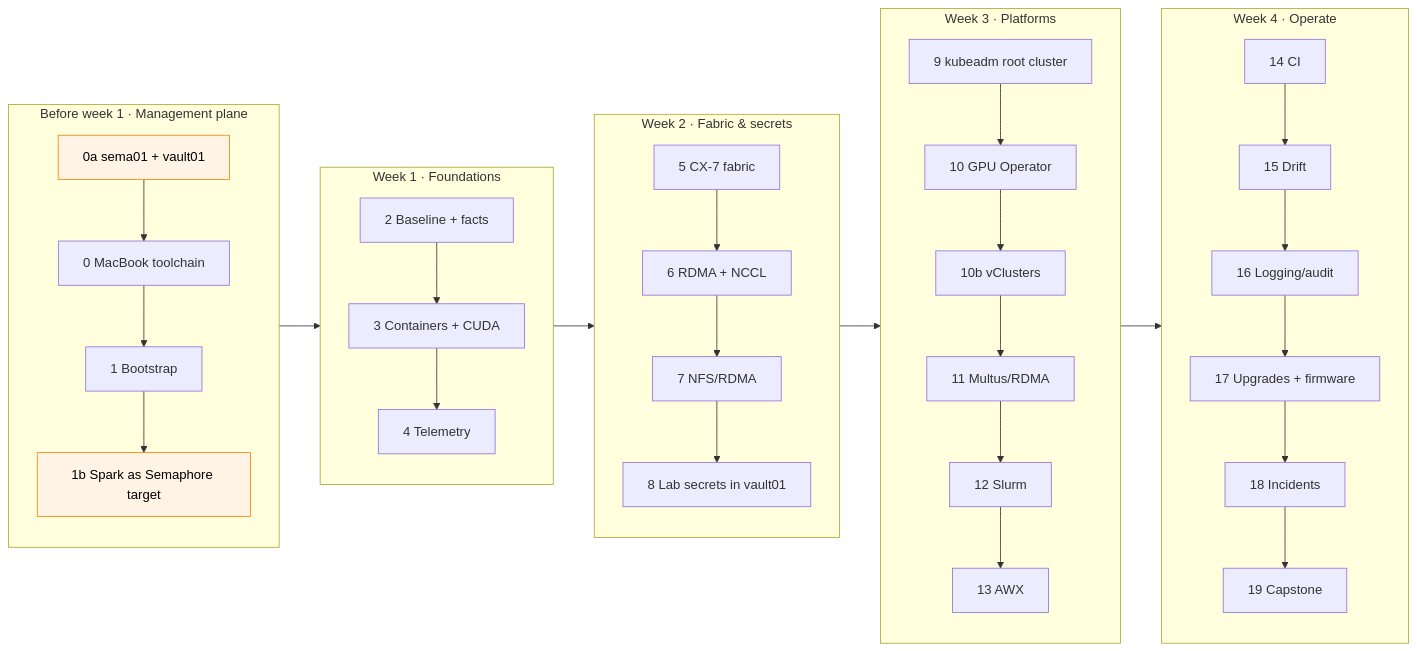
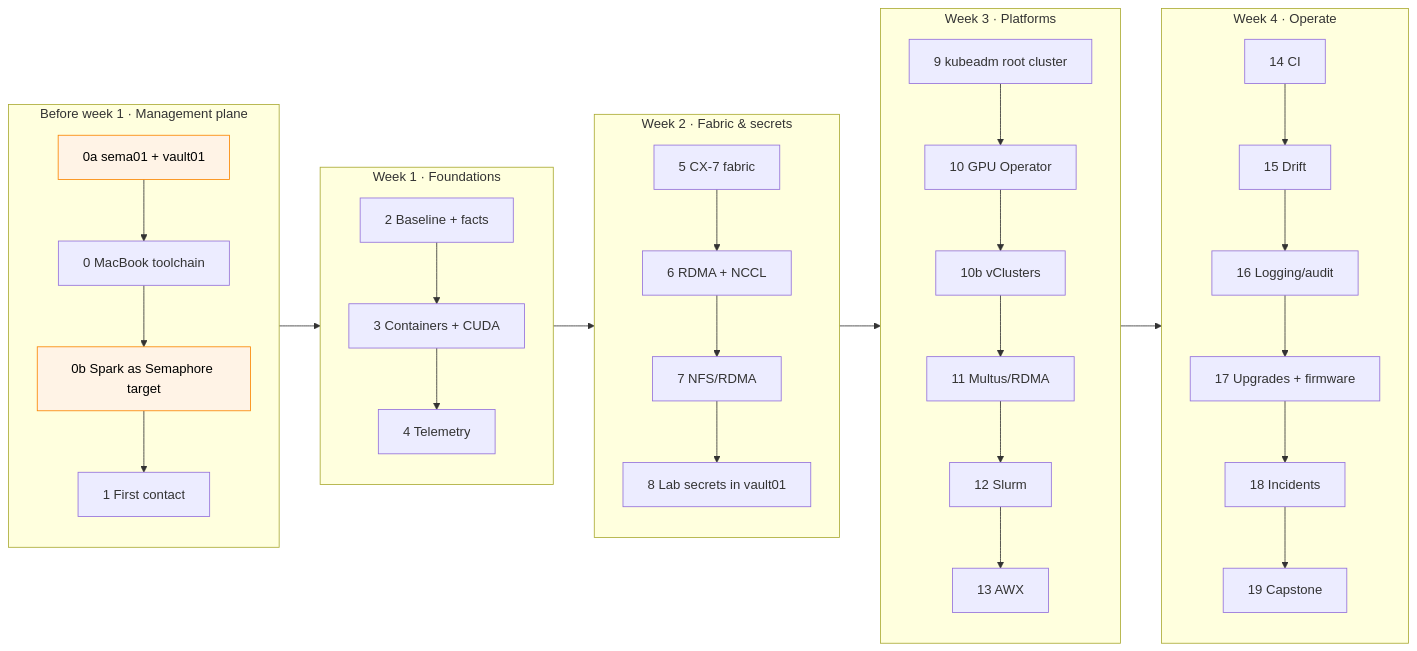
The diagram in 01 Ansible/00-ansible-step-by-step-guide.md (cloudone365/technical-depth), drawn with Mermaid before and after one commit. The commit also changed other lines of this file and 4 other files, not shown here.

First line of the commit message:
01 Ansible: 00b becomes Step 0b, right after the MacBook toolchain; first contact is Step 1

````diff
--- a/01 Ansible/00-ansible-step-by-step-guide.md
+++ b/01 Ansible/00-ansible-step-by-step-guide.md
@@ -5,21 +5,21 @@
 ```mermaid
 flowchart LR
   subgraph W0["Before week 1 · Management plane"]
-    Z0[0a sema01 + vault01] --> Z1[0 MacBook toolchain] --> Z2[1 Bootstrap] --> Z3[1b Spark as Semaphore target]
+    Z0[0a sema01 + vault01] --> Z1[0 MacBook toolchain] --> Z3[0b Spark as Semaphore target] --> Z2[1 First contact]
   end
   subgraph W1["Week 1 · Foundations"]
     A2[2 Baseline + facts] --> A3[3 Containers + CUDA] --> A4[4 Telemetry]
   end
   subgraph W2["Week 2 · Fabric & secrets"]
     B1[5 CX-7 fabric] --> B2[6 RDMA + NCCL] --> B3[7 NFS/RDMA] --> B4[8 Lab secrets in vault01]
   end
   subgraph W3["Week 3 · Platforms"]
     C1[9 kubeadm root cluster] --> C2[10 GPU Operator] --> C2b[10b vClusters] --> C3[11 Multus/RDMA] --> C4[12 Slurm] --> C5[13 AWX]
   end
   subgraph W4["Week 4 · Operate"]
     D1[14 CI] --> D2[15 Drift] --> D3[16 Logging/audit] --> D4[17 Upgrades + firmware] --> D5[18 Incidents] --> D6[19 Capstone]
   end
   W0 --> W1 --> W2 --> W3 --> W4
   classDef mgmt fill:#fff3e6,stroke:#fb8500,color:#000
   class Z0,Z3 mgmt
 ```
````
